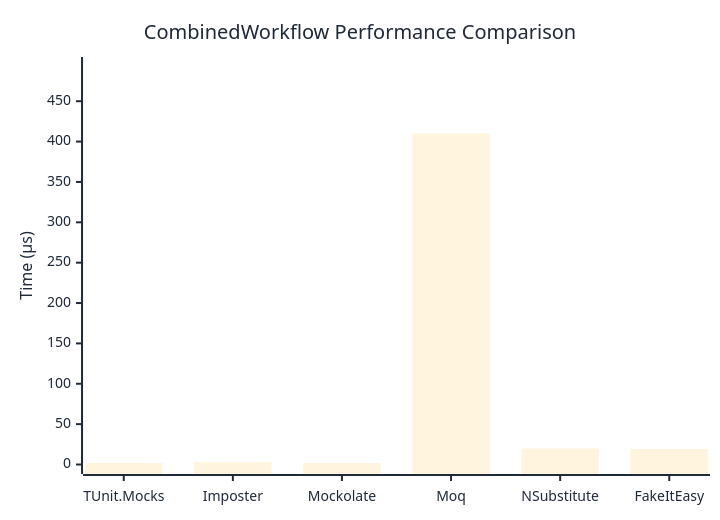
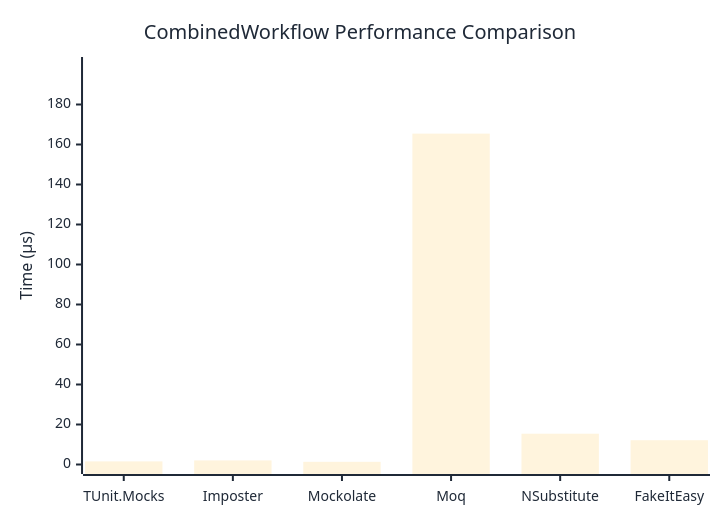
The diagram in docs/docs/benchmarks/mocks/CombinedWorkflow.md (thomhurst/TUnit), drawn with Mermaid before and after one commit. The commit also changed other lines of this file and 14 other files, not shown here.

````diff
--- a/docs/docs/benchmarks/mocks/CombinedWorkflow.md
+++ b/docs/docs/benchmarks/mocks/CombinedWorkflow.md
@@ -30,27 +30,27 @@
 ```mermaid
 %%{init: {
   'theme':'base',
   'themeVariables': {
     'primaryColor': '#2563eb',
     'primaryTextColor': '#1f2937',
     'primaryBorderColor': '#1e40af',
     'lineColor': '#6b7280',
     'secondaryColor': '#7c3aed',
     'tertiaryColor': '#dc2626',
     'background': '#ffffff',
     'pie1': '#2563eb',
     'pie2': '#7c3aed',
     'pie3': '#dc2626',
     'pie4': '#f59e0b',
     'pie5': '#10b981',
     'pie6': '#06b6d4',
     'pie7': '#ec4899',
     'pie8': '#6366f1'
   }
 }}%%
 xychart-beta
   title "CombinedWorkflow Performance Comparison"
   x-axis ["TUnit.Mocks", "Imposter", "Mockolate", "Moq", "NSubstitute", "FakeItEasy"]
-  y-axis "Time (μs)" 0 --> 493
-  bar [1.919, 2.835, 1.759, 410.27, 19.877, 19.319]
+  y-axis "Time (μs)" 0 --> 199
+  bar [1.558, 2.044, 1.34, 165.445, 15.396, 12.136]
 ```
````
